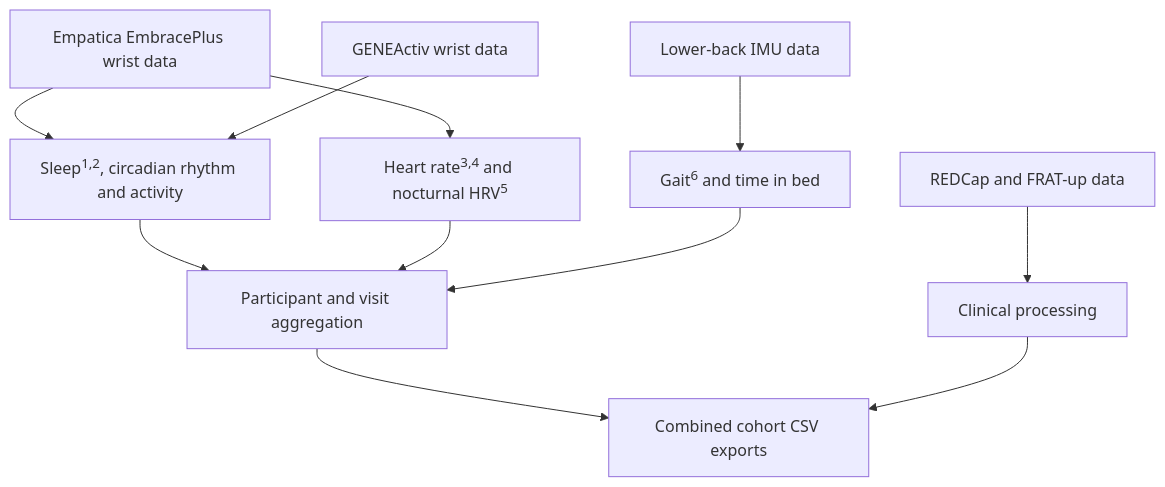
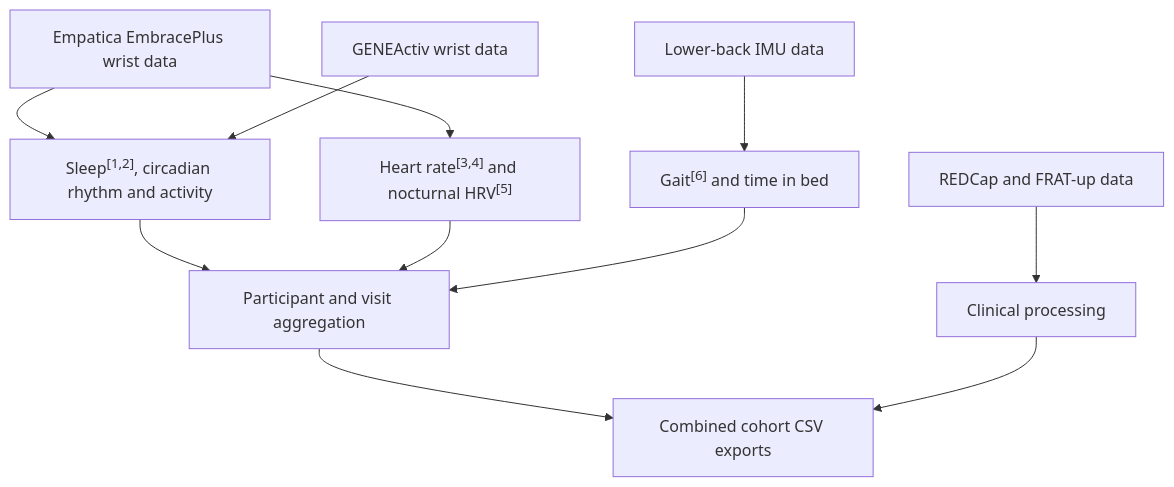
The diagram in README.md (marcellosicbaldi/DARE-wearable-pipelines), drawn with Mermaid before and after one commit.

Commit message:
Bracket superscript citations in workflow diagram

````diff
--- a/README.md
+++ b/README.md
@@ -25,13 +25,13 @@
 ```mermaid
 flowchart TD
-    EMP["Empatica EmbracePlus wrist data"] --> WRIST["Sleep<sup>1,2</sup>, circadian rhythm and activity"]
+    EMP["Empatica EmbracePlus wrist data"] --> WRIST["Sleep<sup>[1,2]</sup>, circadian rhythm and activity"]
     GEN["GENEActiv wrist data"] --> WRIST
-    EMP --> CARDIO["Heart rate<sup>3,4</sup> and nocturnal HRV<sup>5</sup>"]
-    IMU["Lower-back IMU data"] --> GAIT["Gait<sup>6</sup> and time in bed"]
+    EMP --> CARDIO["Heart rate<sup>[3,4]</sup> and nocturnal HRV<sup>[5]</sup>"]
+    IMU["Lower-back IMU data"] --> GAIT["Gait<sup>[6]</sup> and time in bed"]
     WRIST --> AGG["Participant and visit aggregation"]
     CARDIO --> AGG
     GAIT --> AGG
     CLINICAL["REDCap and FRAT-up data"] --> CLIN["Clinical processing"]
     AGG --> EXPORT["Combined cohort CSV exports"]
     CLIN --> EXPORT
 ```
````
